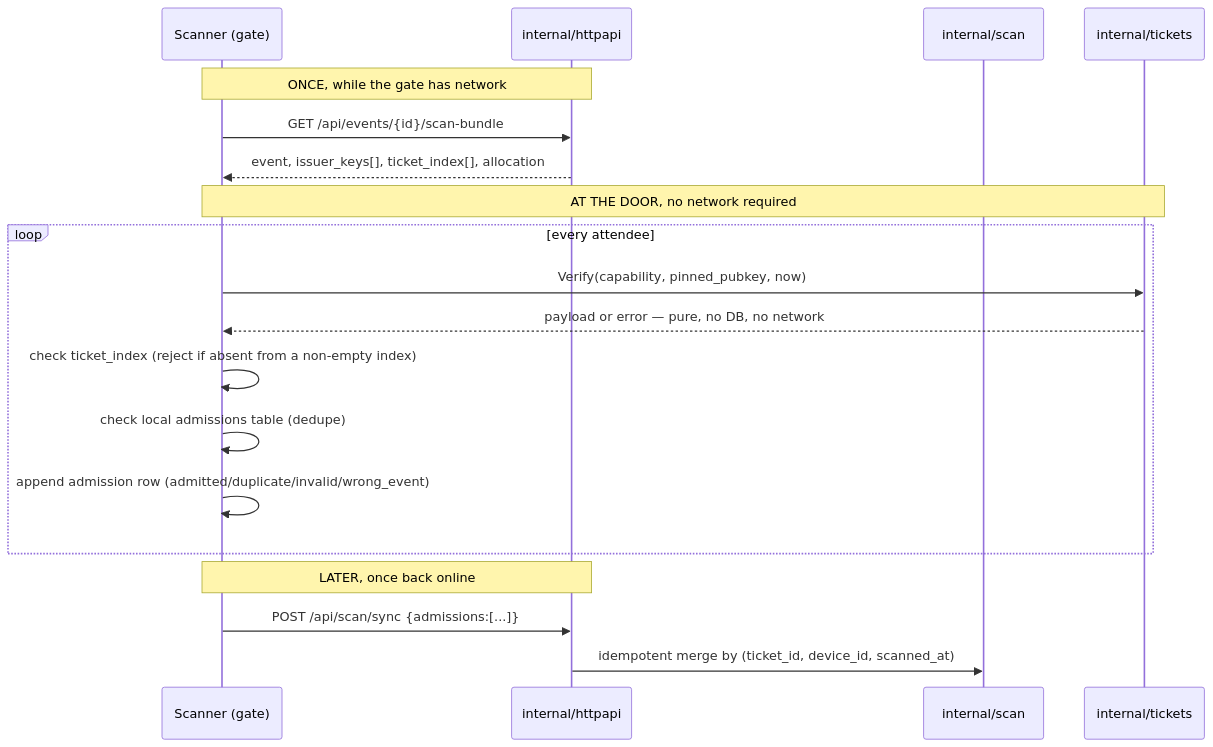
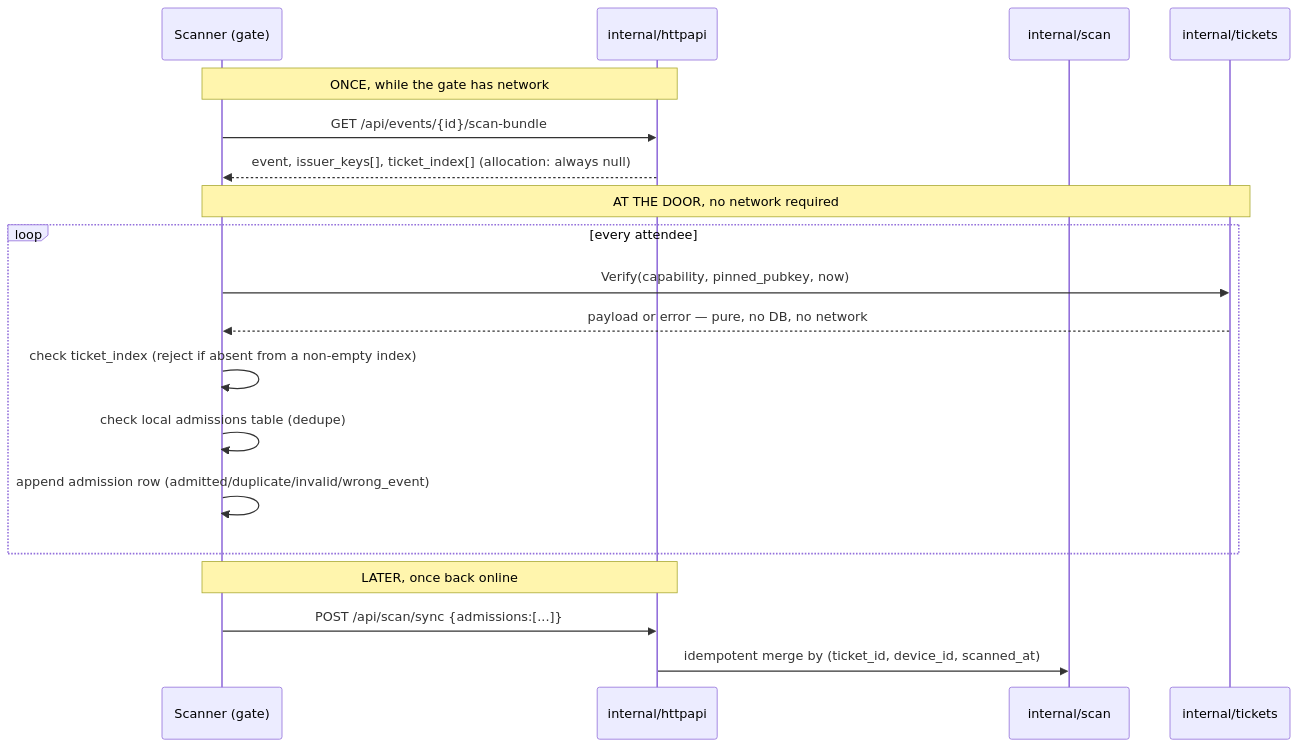
Before and after one commit to vul-os/cackle: the second of 3 diagrams in site/docs/architecture.md, drawn with Mermaid. The commit also changed other lines of this file and 52 other files, not shown here.

````diff
--- a/site/docs/architecture.md
+++ b/site/docs/architecture.md
@@ -85,24 +85,24 @@
 ```mermaid
 sequenceDiagram
     participant Gate as Scanner (gate)
     participant API as internal/httpapi
     participant Scan as internal/scan
     participant Tickets as internal/tickets
 
     Note over Gate,API: ONCE, while the gate has network
     Gate->>API: GET /api/events/{id}/scan-bundle
-    API-->>Gate: event, issuer_keys[], ticket_index[], allocation
+    API-->>Gate: event, issuer_keys[], ticket_index[] (allocation: always null)
 
     Note over Gate,Tickets: AT THE DOOR, no network required
     loop every attendee
         Gate->>Tickets: Verify(capability, pinned_pubkey, now)
         Tickets-->>Gate: payload or error — pure, no DB, no network
         Gate->>Gate: check ticket_index (reject if absent from a non-empty index)
         Gate->>Gate: check local admissions table (dedupe)
         Gate->>Gate: append admission row (admitted/duplicate/invalid/wrong_event)
     end
 
     Note over Gate,API: LATER, once back online
     Gate->>API: POST /api/scan/sync {admissions:[...]}
     API->>Scan: idempotent merge by (ticket_id, device_id, scanned_at)
 ```
````
